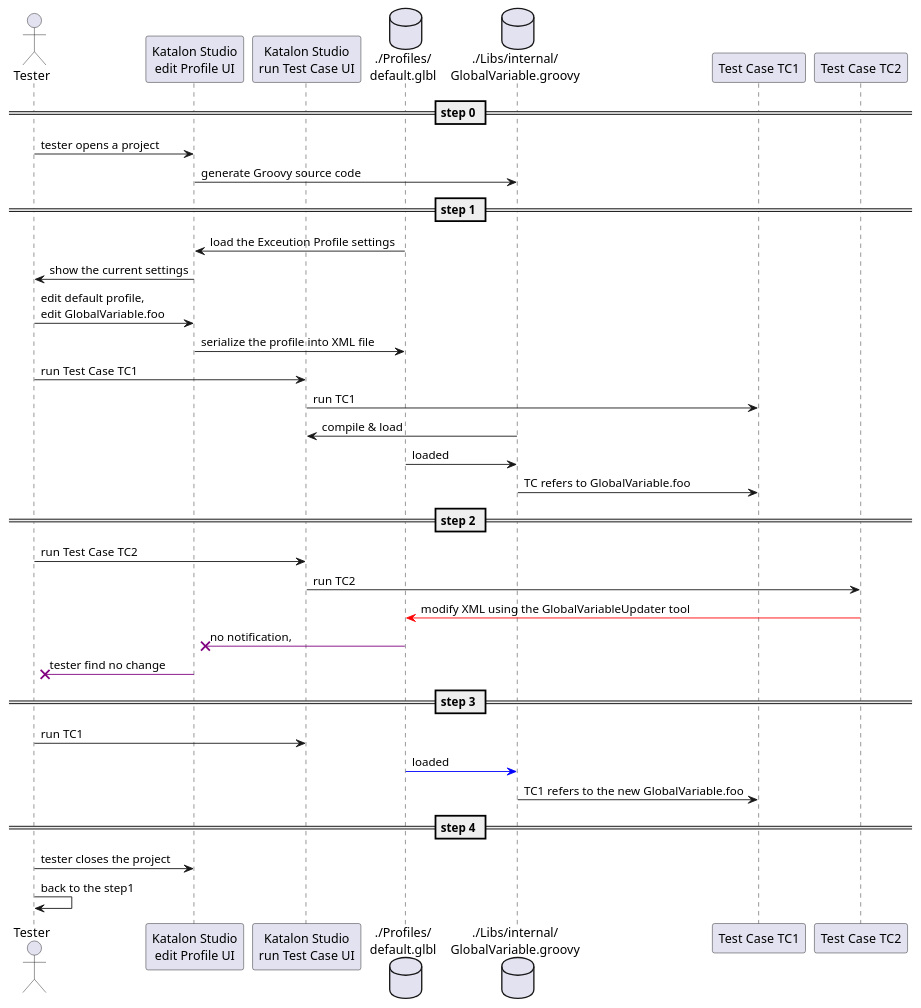
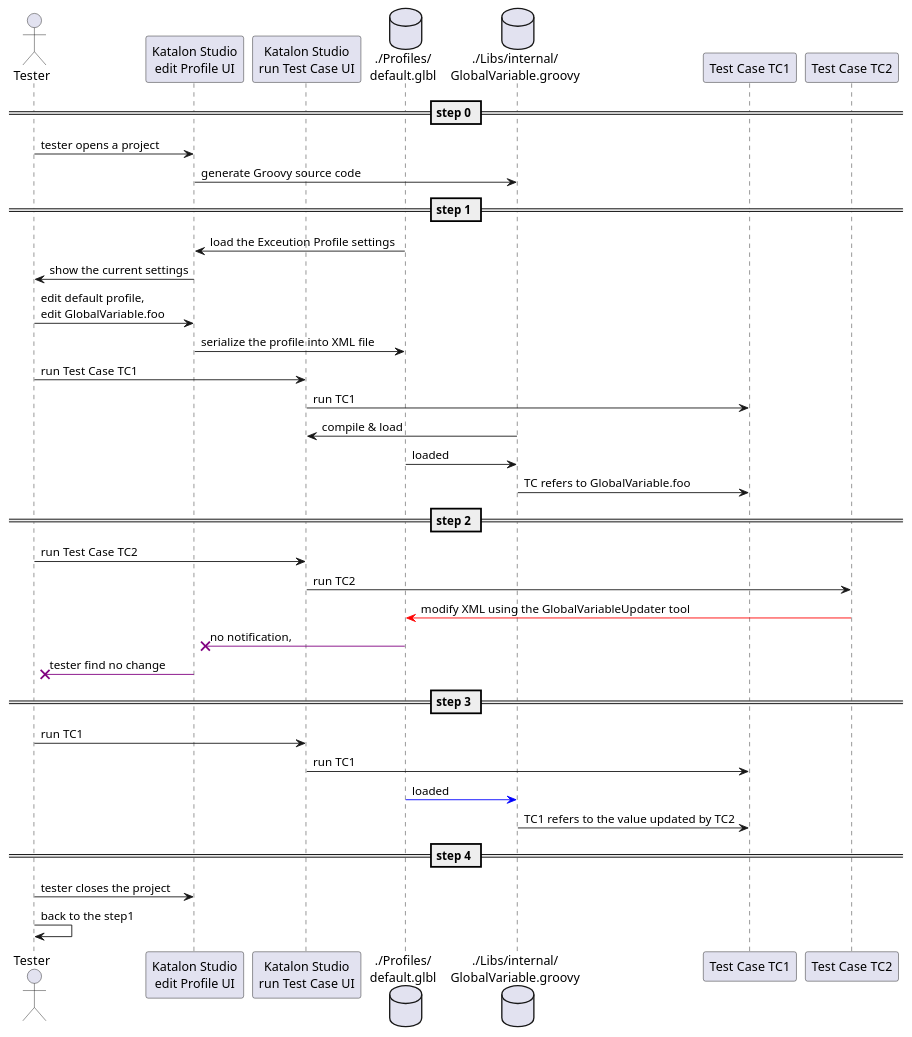
Before and after one commit to kazurayam/ConfiguringKatalonProjectWithJson: the diagram in docs/diagrams/src/sequence.pu, drawn with PlantUML. The commit also changed 1 other file, not shown here.

```diff
--- a/docs/diagrams/src/sequence.pu
+++ b/docs/diagrams/src/sequence.pu
@@ -1,40 +1,42 @@
 @startuml sequence
 actor       Tester        as tester
 participant "Katalon Studio\nedit Profile UI" as kspf
 participant "Katalon Studio\nrun Test Case UI" as kstc
 database    "./Profiles/\ndefault.glbl" as glbl
 database    "./Libs/internal/\nGlobalVariable.groovy" as gvgr
 participant "Test Case TC1" as tc1
 participant "Test Case TC2" as tc2
 
 == step 0 ==
 tester -> kspf : tester opens a project
 kspf   -> gvgr : generate Groovy source code
 
 == step 1 ==
 glbl   -> kspf : load the Exceution Profile settings
 kspf   -> tester : show the current settings
 tester -> kspf : edit default profile,\nedit GlobalVariable.foo
 kspf   -> glbl : serialize the profile into XML file
 tester -> kstc : run Test Case TC1
 kstc   -> tc1  : run TC1
 gvgr   -> kstc : compile & load
 glbl   -> gvgr : loaded
 gvgr   -> tc1  : TC refers to GlobalVariable.foo
 
 == step 2 ==
 tester -> kstc : run Test Case TC2
 kstc   -> tc2  : run TC2
 tc2    -[#red]> glbl : modify XML using the GlobalVariableUpdater tool
 glbl   -[#purple]>x kspf : no notification,
 kspf   -[#purple]>x tester : tester find no change
 
 == step 3 ==
 tester -> kstc : run TC1
+kstc   -> tc1  : run TC1
 glbl   -[#blue]> gvgr  : loaded
-gvgr   -> tc1  : TC1 refers to the new GlobalVariable.foo
+gvgr   -> tc1  : TC1 refers to the value updated by TC2
 
 == step 4 ==
 tester -> kspf  : tester closes the project
 tester -> tester : back to the step1
+
 @enduml
```
